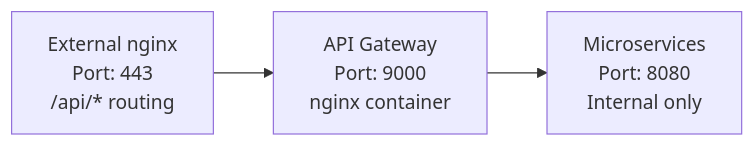
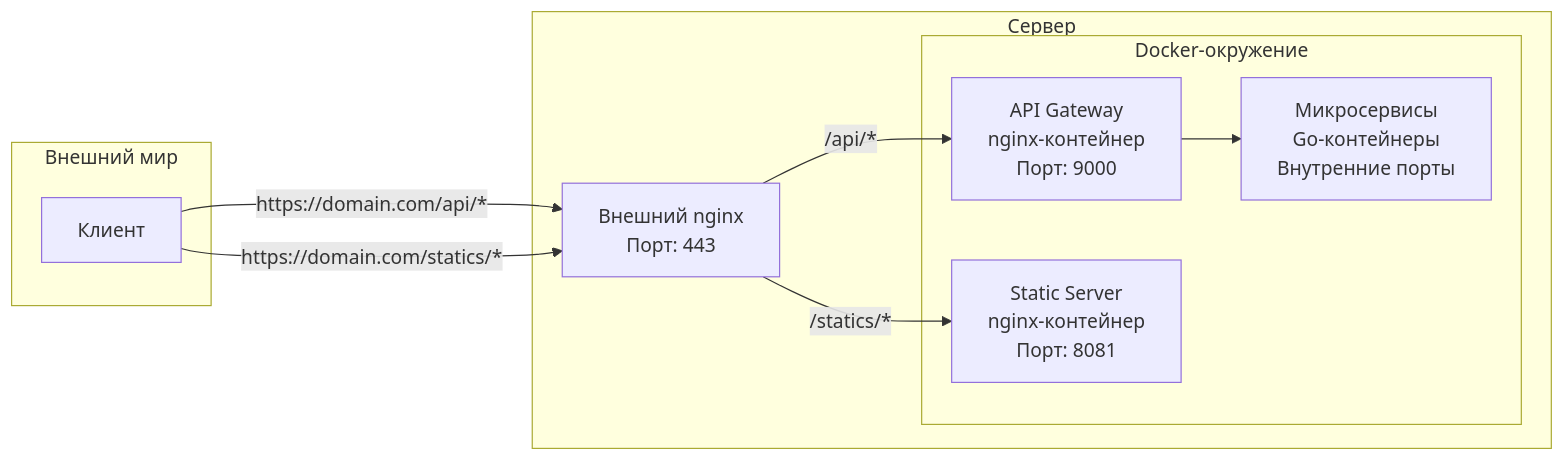
One commit to dpetrakov/shard_legends changed the first of 2 diagrams in docs/architecture/deployment-strategy.md. Above: the diagram before and after it, drawn with Mermaid. The commit also changed other lines of this file and 210 other files, not shown here.

````diff
--- a/docs/architecture/deployment-strategy.md
+++ b/docs/architecture/deployment-strategy.md
@@ -11,5 +13,24 @@
 ```mermaid
 graph LR
-    A[External nginx<br/>Port: 443<br/>/api/* routing] --> B[API Gateway<br/>Port: 9000<br/>nginx container]
-    B --> C[Microservices<br/>Port: 8080<br/>Internal only]
+    subgraph "Внешний мир"
+        User[Клиент]
+    end
+
+    subgraph "Сервер"
+        ExtNginx[Внешний nginx<br/>Порт: 443]
+        
+        subgraph "Docker-окружение"
+            Gateway[API Gateway<br/>nginx-контейнер<br/>Порт: 9000]
+            Statics[Static Server<br/>nginx-контейнер<br/>Порт: 8081]
+            Services[Микросервисы<br/>Go-контейнеры<br/>Внутренние порты]
+        end
+    end
+
+    User -- "https://domain.com/api/*" --> ExtNginx
+    User -- "https://domain.com/statics/*" --> ExtNginx
+
+    ExtNginx -- "/api/*" --> Gateway
+    ExtNginx -- "/statics/*" --> Statics
+    
+    Gateway --> Services
 ```
````
